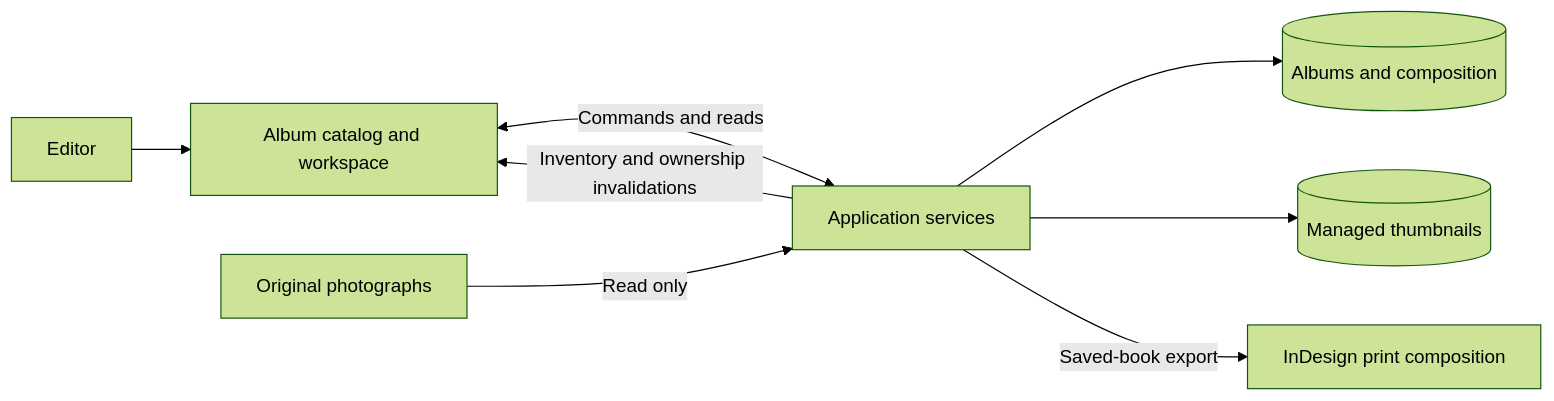
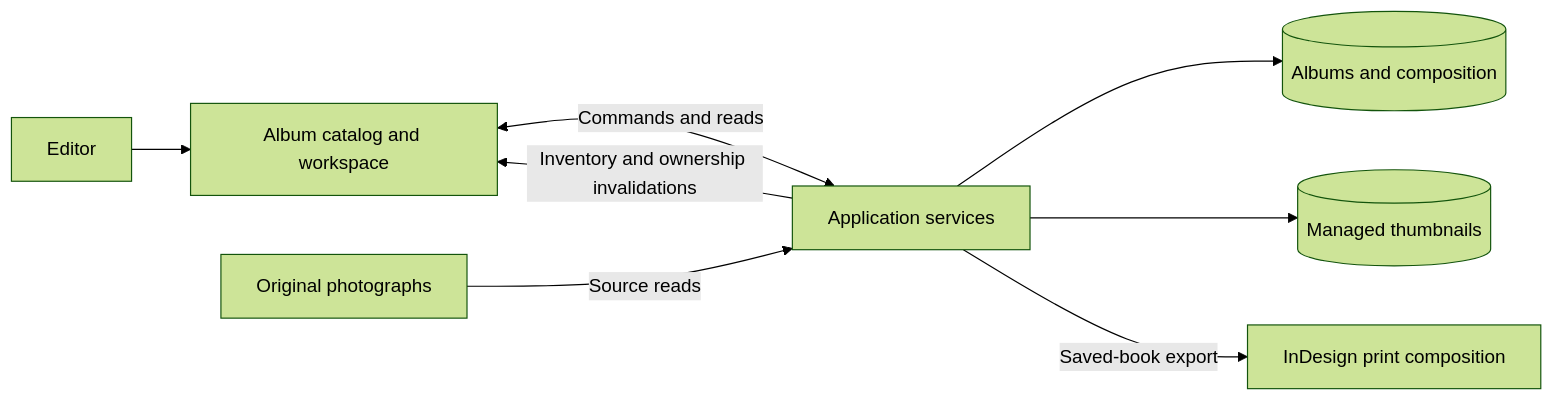
One commit to cosminci/photography changed the first of 5 diagrams in specs/design.md. Above: the diagram before and after it, drawn with Mermaid (forest theme). The commit also changed other lines of this file and 14 other files, not shown here.

````diff
--- a/specs/design.md
+++ b/specs/design.md
@@ -9,10 +7,10 @@
 ```mermaid
 flowchart LR
   Editor --> Browser["Album catalog and workspace"]
   Browser <-->|Commands and reads| Backend["Application services"]
   Backend --> Database[("Albums and composition")]
-  Originals["Original photographs"] -->|Read only| Backend
+  Originals["Original photographs"] -->|Source reads| Backend
   Backend --> Thumbnails[("Managed thumbnails")]
   Backend -->|Inventory and ownership invalidations| Browser
   Backend -->|Saved-book export| InDesign["InDesign print composition"]
 ```
````
